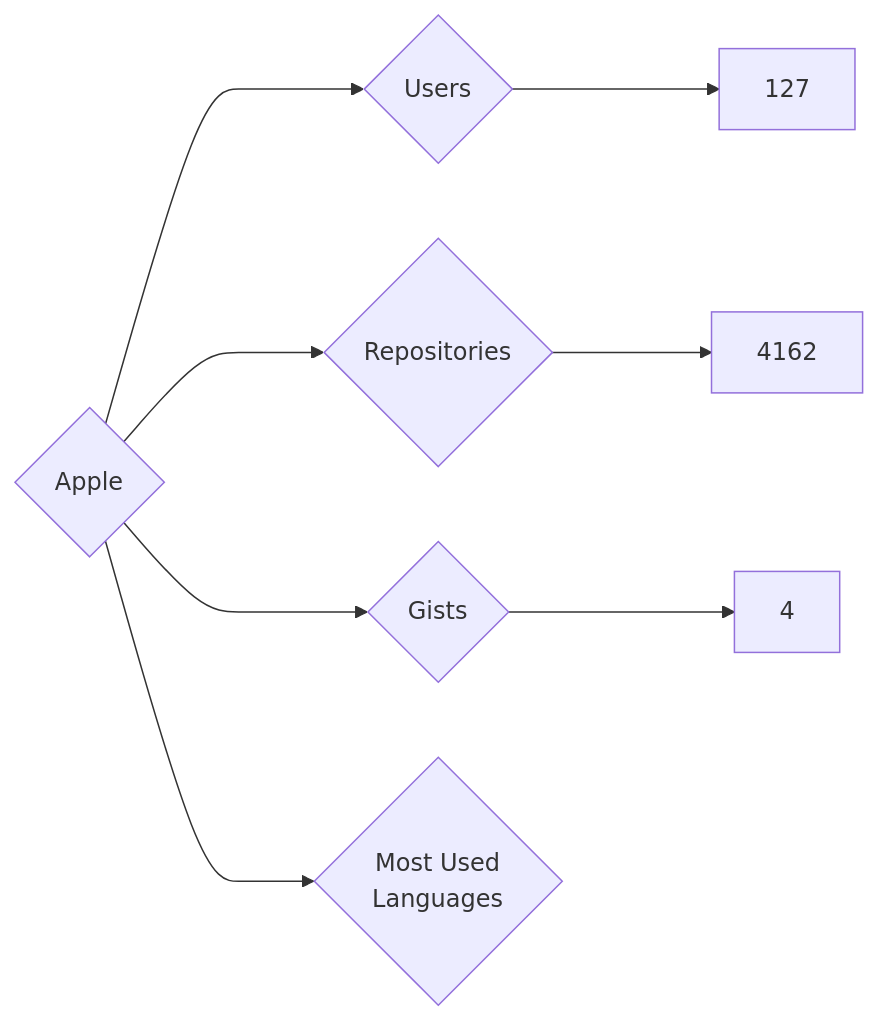
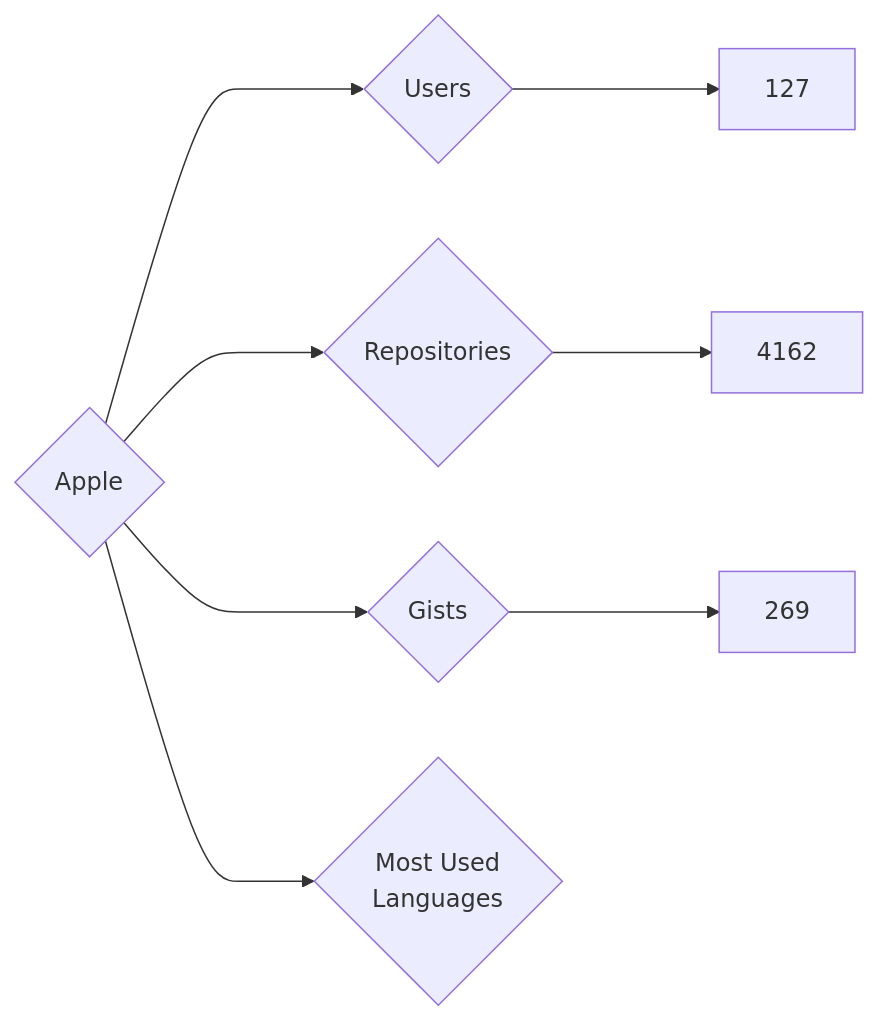
Before and after one commit to nenadzaric/insiders: the diagram in targets/Apple/README.md, drawn with Mermaid. The commit also changed 1342 other files, not shown here.

````diff
--- a/targets/Apple/README.md
+++ b/targets/Apple/README.md
@@ -3,8 +3,8 @@
 ```mermaid
 graph LR
 COMPANY_NAME{Apple}
 COMPANY_NAME ---> U{Users} ---> UN[127]
 COMPANY_NAME ---> R{Repositories} ---> RN[4162]
-COMPANY_NAME ---> G{Gists} ---> GN[4]
+COMPANY_NAME ---> G{Gists} ---> GN[269]
 COMPANY_NAME ---> ML{Most Used<br>Languages}
 ```
````
